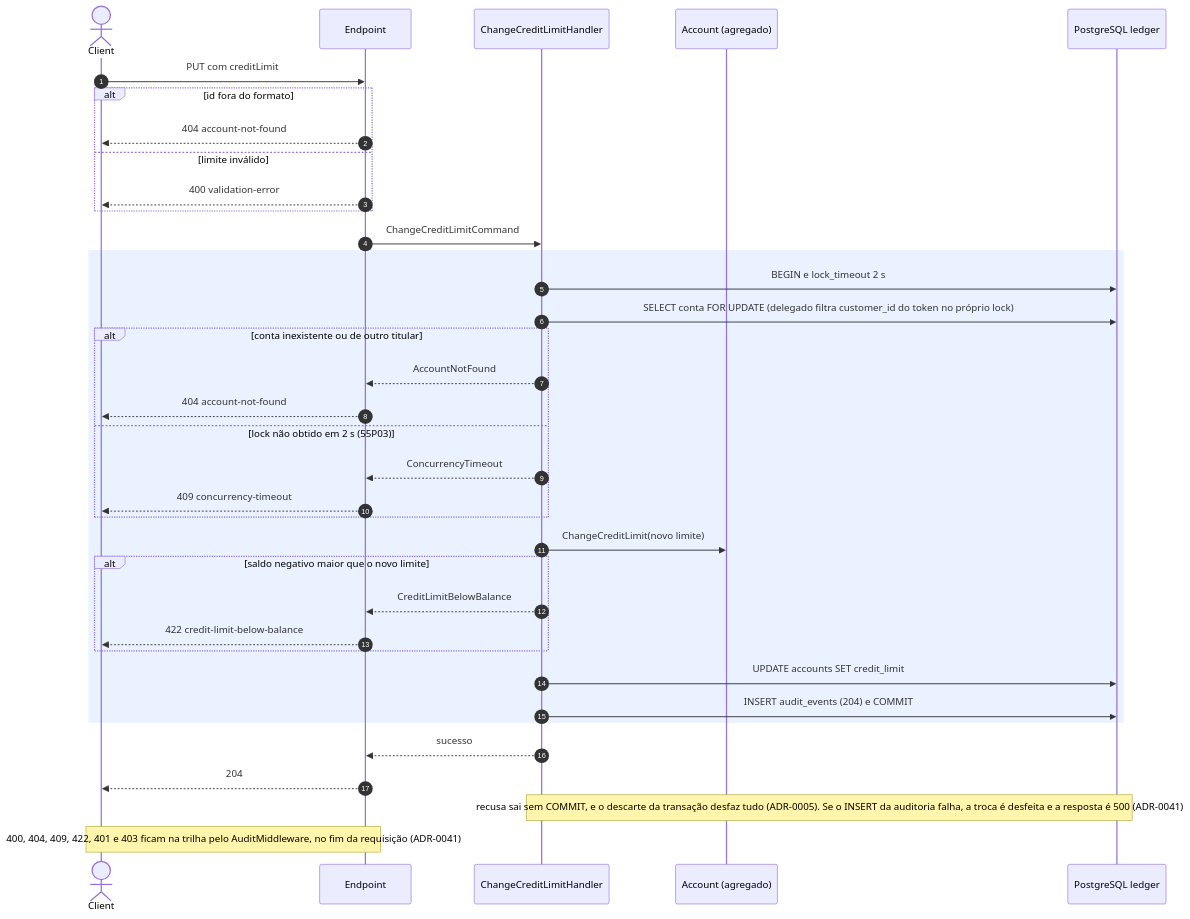
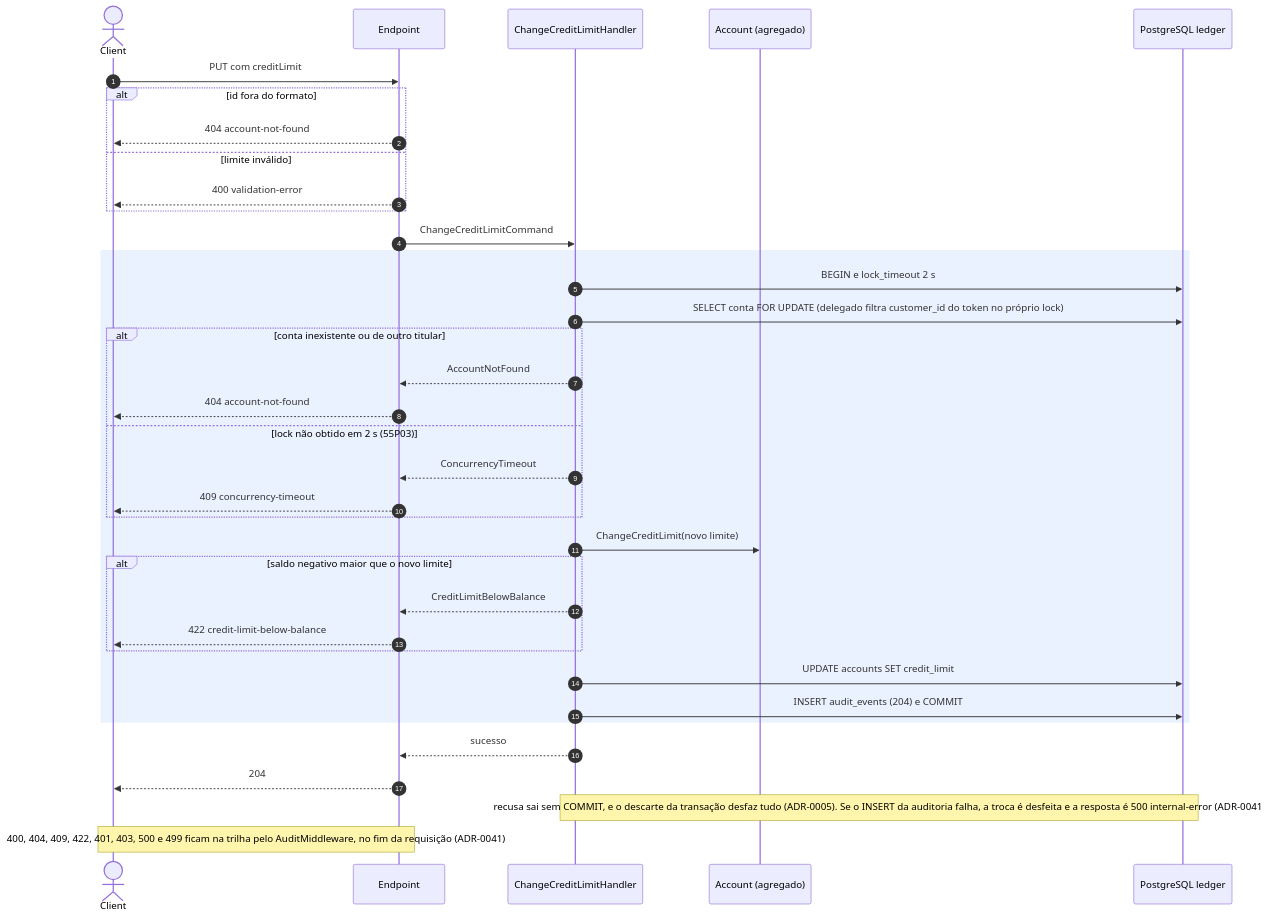
The fourth of 8 diagrams in docs/arquitetura/fluxos-ledger.md (arthuurw/desafio-arquiteto-keyrus), drawn with Mermaid before and after one commit. The commit also changed other lines of this file and 2 other files, not shown here.

Commit message:
docs(flows): show every audited outcome the code records
refs #67

````diff
--- a/docs/arquitetura/fluxos-ledger.md
+++ b/docs/arquitetura/fluxos-ledger.md
@@ -172,39 +172,39 @@
 ```mermaid
 sequenceDiagram
   autonumber
   actor C as Client
   participant E as Endpoint
   participant H as ChangeCreditLimitHandler
   participant A as Account (agregado)
   participant DB as PostgreSQL ledger
 
   C->>E: PUT com creditLimit
   alt id fora do formato
     E-->>C: 404 account-not-found
   else limite inválido
     E-->>C: 400 validation-error
   end
   E->>H: ChangeCreditLimitCommand
   rect rgba(80, 140, 255, 0.12)
     H->>DB: BEGIN e lock_timeout 2 s
     H->>DB: SELECT conta FOR UPDATE (delegado filtra customer_id do token no próprio lock)
     alt conta inexistente ou de outro titular
       H-->>E: AccountNotFound
       E-->>C: 404 account-not-found
     else lock não obtido em 2 s (55P03)
       H-->>E: ConcurrencyTimeout
       E-->>C: 409 concurrency-timeout
     end
     H->>A: ChangeCreditLimit(novo limite)
     alt saldo negativo maior que o novo limite
       H-->>E: CreditLimitBelowBalance
       E-->>C: 422 credit-limit-below-balance
     end
     H->>DB: UPDATE accounts SET credit_limit
     H->>DB: INSERT audit_events (204) e COMMIT
   end
   H-->>E: sucesso
   E-->>C: 204
-  Note over H,DB: recusa sai sem COMMIT, e o descarte da transação desfaz tudo (ADR-0005). Se o INSERT da auditoria falha, a troca é desfeita e a resposta é 500 (ADR-0041)
-  Note over C,E: 400, 404, 409, 422, 401 e 403 ficam na trilha pelo AuditMiddleware, no fim da requisição (ADR-0041)
+  Note over H,DB: recusa sai sem COMMIT, e o descarte da transação desfaz tudo (ADR-0005). Se o INSERT da auditoria falha, a troca é desfeita e a resposta é 500 internal-error (ADR-0041)
+  Note over C,E: 400, 404, 409, 422, 401, 403, 500 e 499 ficam na trilha pelo AuditMiddleware, no fim da requisição (ADR-0041)
 ```
````
